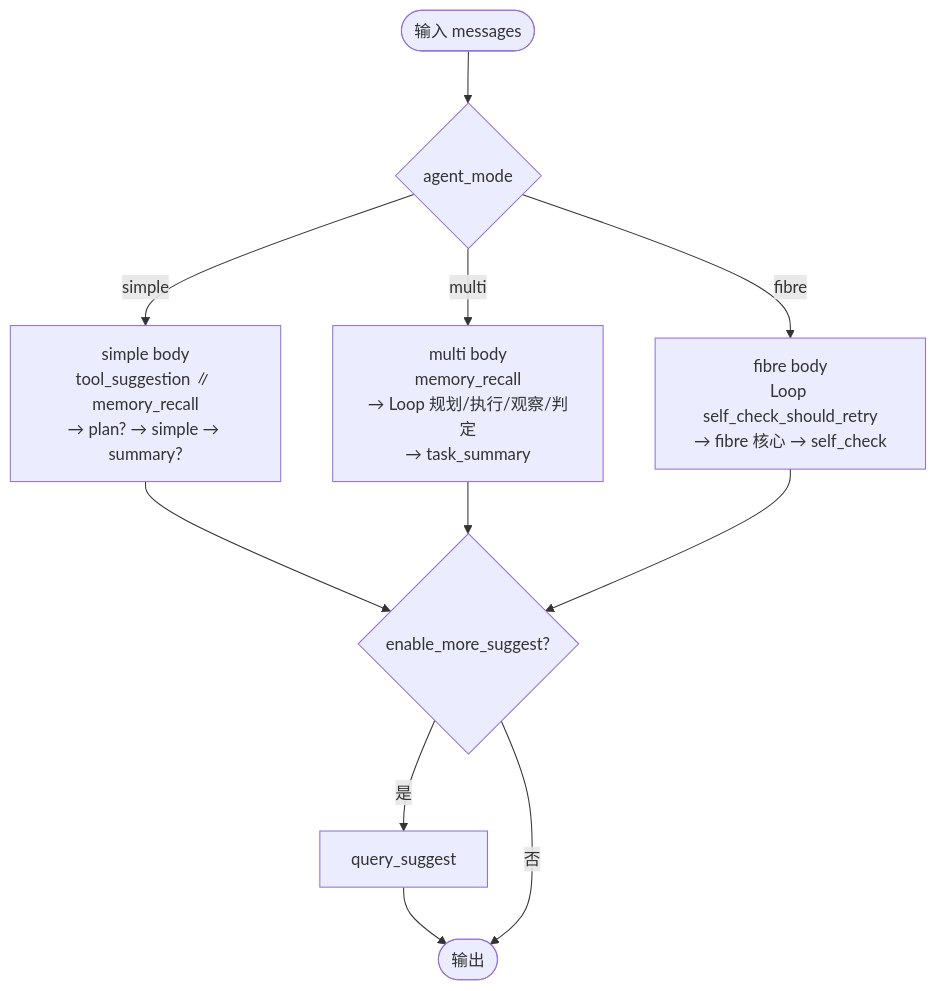
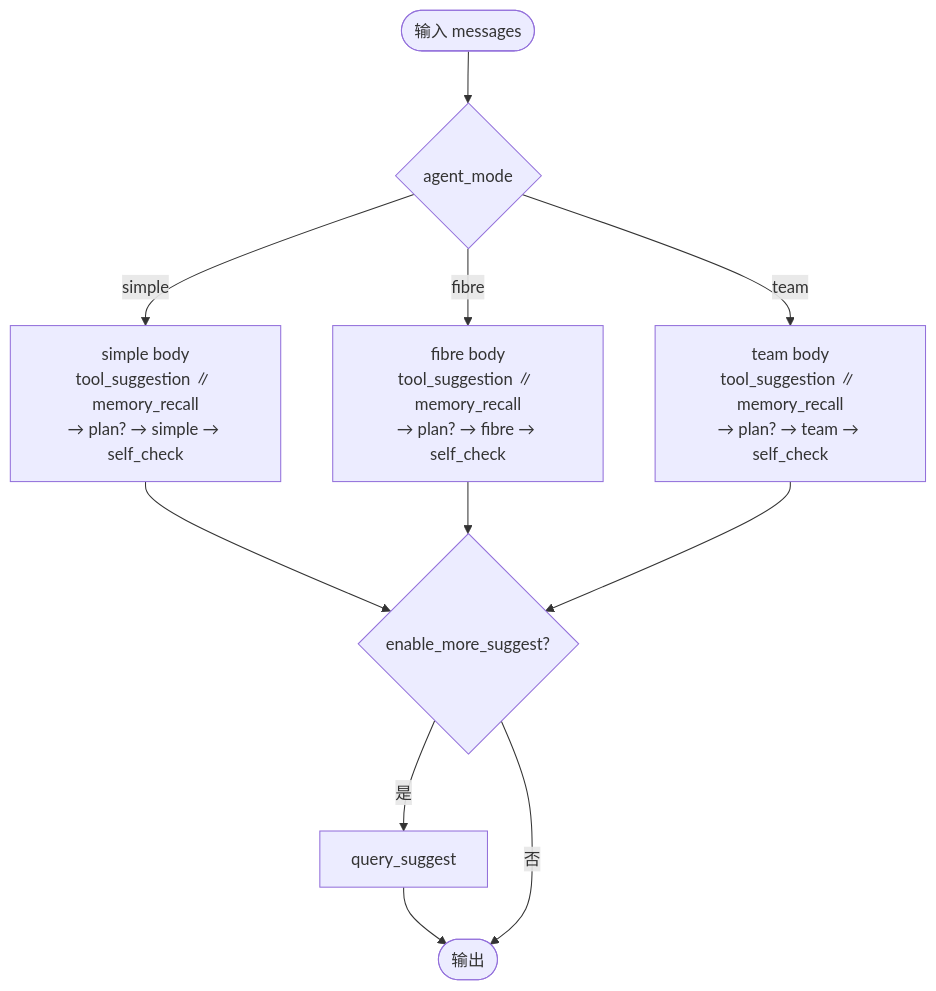
Before and after one commit to ZHangZHengEric/Sage: the fifth of 7 diagrams in docs/zh/architecture/ARCHITECTURE_SAGENTS_OVERVIEW.md, drawn with Mermaid. The commit also changed other lines of this file and 141 other files, not shown here.

````diff
--- a/docs/zh/architecture/ARCHITECTURE_SAGENTS_OVERVIEW.md
+++ b/docs/zh/architecture/ARCHITECTURE_SAGENTS_OVERVIEW.md
@@ -153,13 +153,13 @@
 ```mermaid
 flowchart TB
     Start([输入 messages]) --> Sw{agent_mode}
-    Sw -->|simple| Simple[simple body<br/>tool_suggestion ∥ memory_recall<br/>→ plan? → simple → summary?]
-    Sw -->|multi| Multi[multi body<br/>memory_recall<br/>→ Loop 规划/执行/观察/判定<br/>→ task_summary]
-    Sw -->|fibre| Fibre[fibre body<br/>Loop self_check_should_retry<br/>→ fibre 核心 → self_check]
+    Sw -->|simple| Simple[simple body<br/>tool_suggestion ∥ memory_recall<br/>→ plan? → simple → self_check]
+    Sw -->|fibre| Fibre[fibre body<br/>tool_suggestion ∥ memory_recall<br/>→ plan? → fibre → self_check]
+    Sw -->|team| Team[team body<br/>tool_suggestion ∥ memory_recall<br/>→ plan? → team → self_check]
     Simple --> More
-    Multi --> More
     Fibre --> More
+    Team --> More
     More{enable_more_suggest?}
     More -->|是| Sug[query_suggest] --> End([输出])
     More -->|否| End
 ```
````
